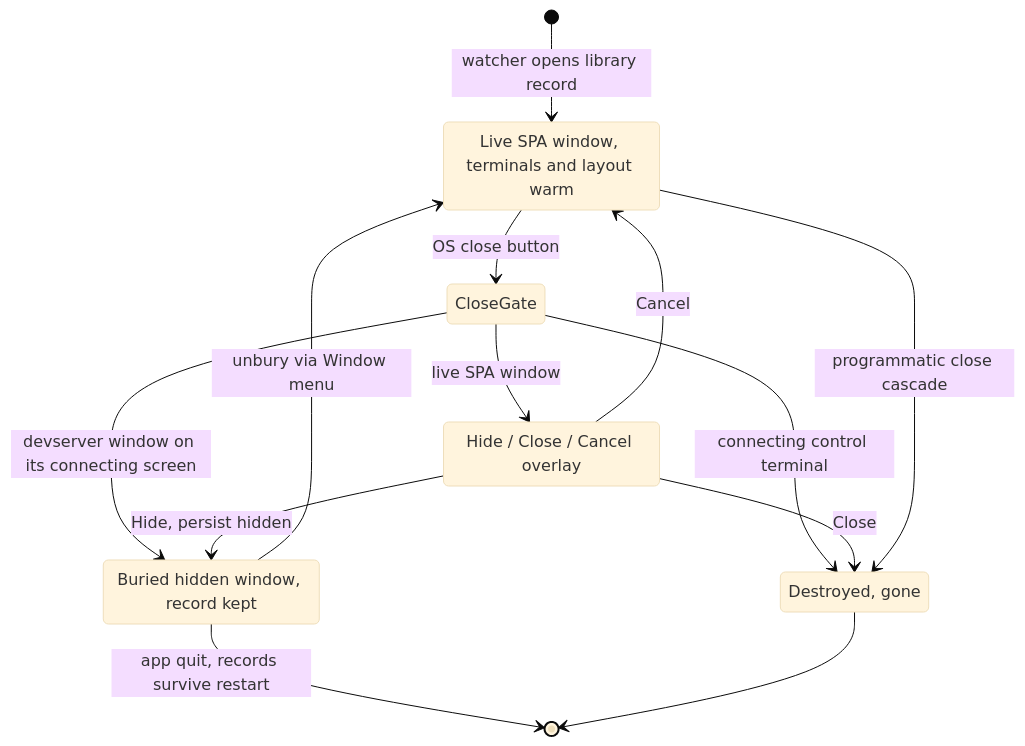
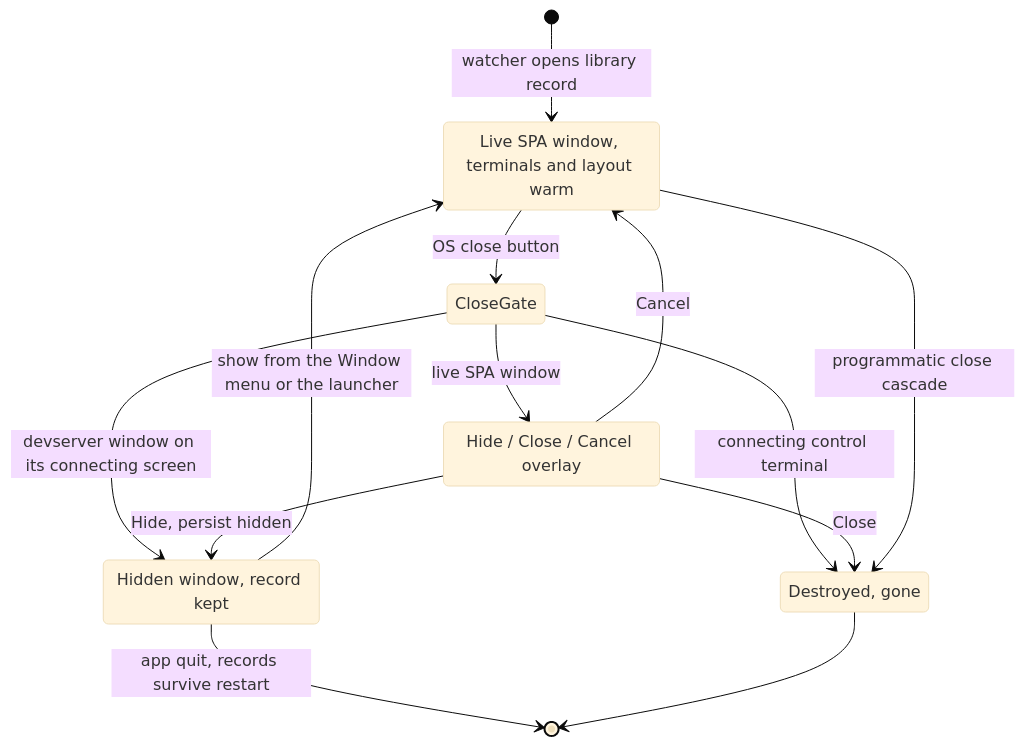
Before and after one commit to fiorix/chan: the third of 4 diagrams in desktop/design.md, drawn with Mermaid (base theme). The commit also changed other lines of this file and 17 other files, not shown here.

````diff
--- a/desktop/design.md
+++ b/desktop/design.md
@@ -221,22 +141,22 @@
 ```mermaid
 stateDiagram-v2
     [*] --> Live: watcher opens library record
     Live: Live SPA window, terminals and layout warm
-    Buried: Buried hidden window, record kept
+    Buried: Hidden window, record kept
     Destroyed: Destroyed, gone
 
     Live --> CloseGate: OS close button
     state CloseGate <<choice>>
     CloseGate --> Prompt: live SPA window
     CloseGate --> Buried: devserver window on its connecting screen
     CloseGate --> Destroyed: connecting control terminal
     Prompt: Hide / Close / Cancel overlay
     Prompt --> Buried: Hide, persist hidden
     Prompt --> Destroyed: Close
     Prompt --> Live: Cancel
     Live --> Destroyed: programmatic close cascade
 
-    Buried --> Live: unbury via Window menu
+    Buried --> Live: show from the Window menu or the launcher
     Buried --> [*]: app quit, records survive restart
     Destroyed --> [*]
 ```
````
